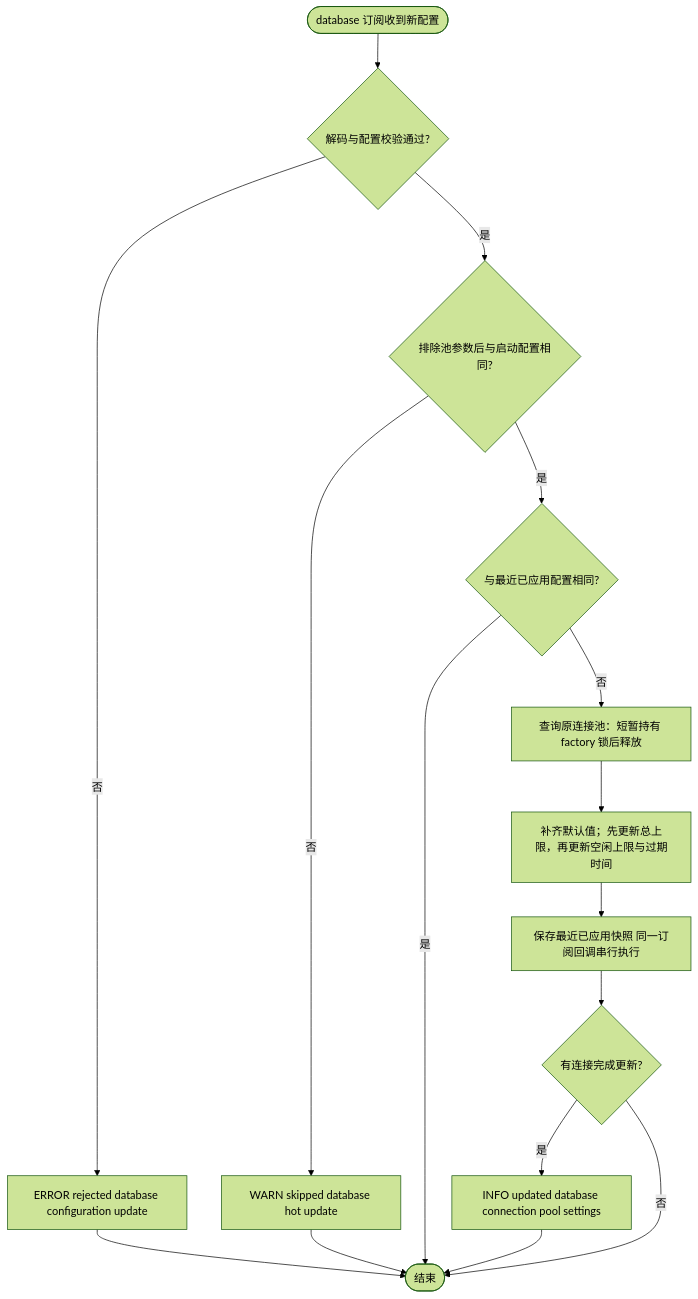
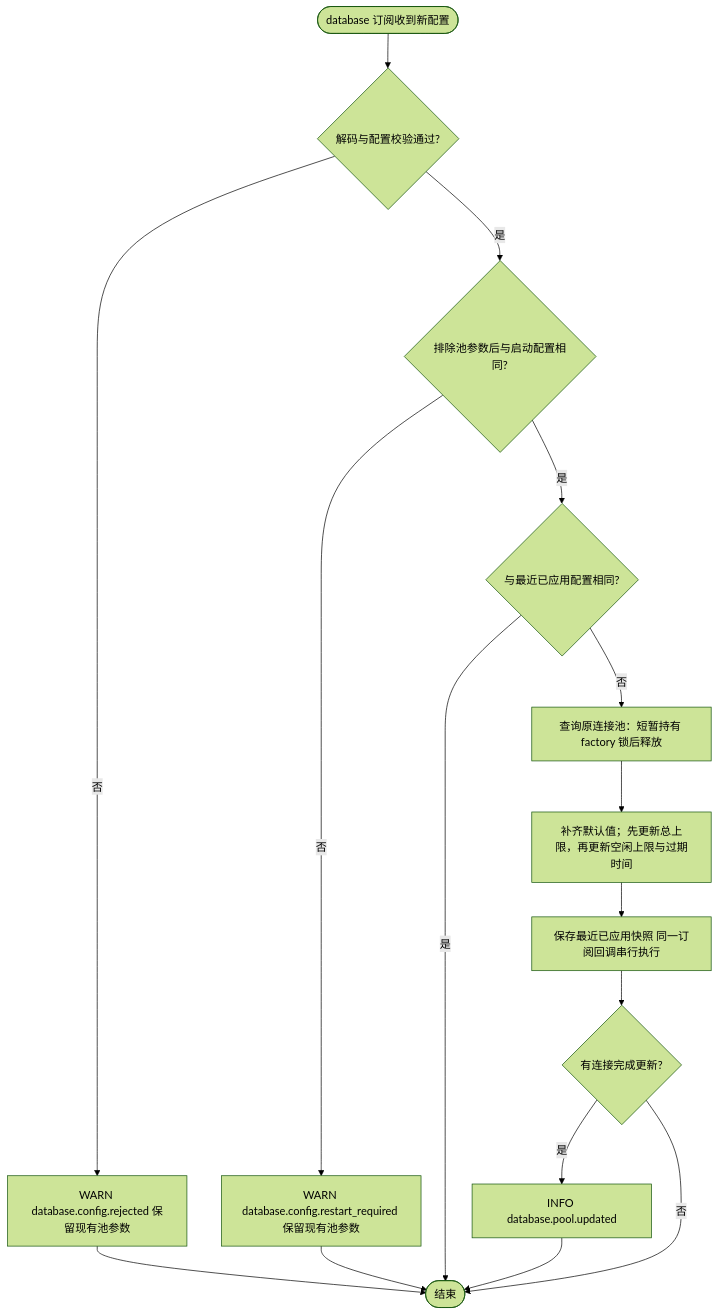
The sixth of 10 diagrams in pkg/database/README.md (jaggerzhuang1994/kratos-foundation), drawn with Mermaid (forest theme) before and after one commit. The commit also changed other lines of this file and 204 other files, not shown here.

````diff
--- a/pkg/database/README.md
+++ b/pkg/database/README.md
@@ -174,18 +182,18 @@
 ```mermaid
 flowchart TD
     A([database 订阅收到新配置]) --> B{解码与配置校验通过?}
-    B -- 否 --> C[ERROR rejected database configuration update]
+    B -- 否 --> C[WARN database.config.rejected 保留现有池参数]
     B -- 是 --> D{排除池参数后与启动配置相同?}
-    D -- 否 --> E[WARN skipped database hot update]
+    D -- 否 --> E[WARN database.config.restart_required 保留现有池参数]
     D -- 是 --> D1{与最近已应用配置相同?}
     D1 -- 是 --> I
     D1 -- 否 --> F[查询原连接池：短暂持有 factory 锁后释放]
     F --> G[补齐默认值；先更新总上限，再更新空闲上限与过期时间]
     G --> G1[保存最近已应用快照 同一订阅回调串行执行]
     G1 --> H{有连接完成更新?}
-    H -- 是 --> J[INFO updated database connection pool settings]
+    H -- 是 --> J[INFO database.pool.updated]
     C --> I([结束])
     E --> I
     H -- 否 --> I
     J --> I
 ```
````
